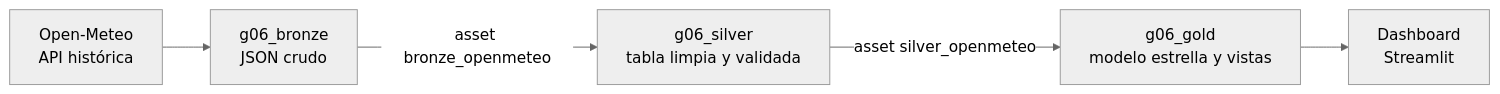
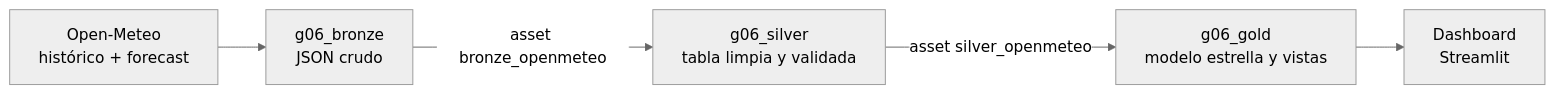
Before and after one commit to JavierGValdez/Proyecto-Final-de-Data-Engineering---Sem-foro-del-Viajero-: the first of 2 diagrams in README.md, drawn with Mermaid (neutral theme). The commit also changed other lines of this file, not shown here.

````diff
--- a/README.md
+++ b/README.md
@@ -49,7 +49,7 @@
 ```mermaid
 flowchart LR
-    API[Open-Meteo<br/>API histórica] --> B[g06_bronze<br/>JSON crudo]
+    API[Open-Meteo<br/>histórico + forecast] --> B[g06_bronze<br/>JSON crudo]
     B -- asset bronze_openmeteo --> S[g06_silver<br/>tabla limpia y validada]
     S -- asset silver_openmeteo --> G[g06_gold<br/>modelo estrella y vistas]
     G --> D[Dashboard<br/>Streamlit]
 ```
````
